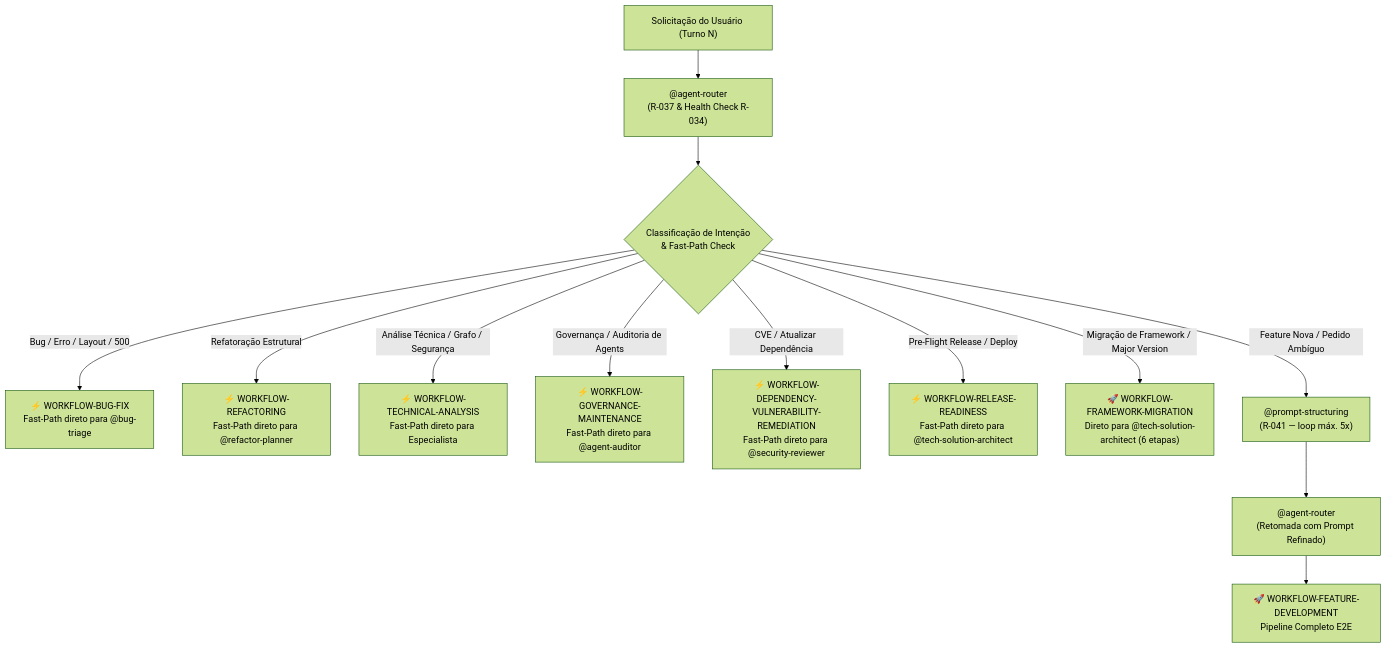
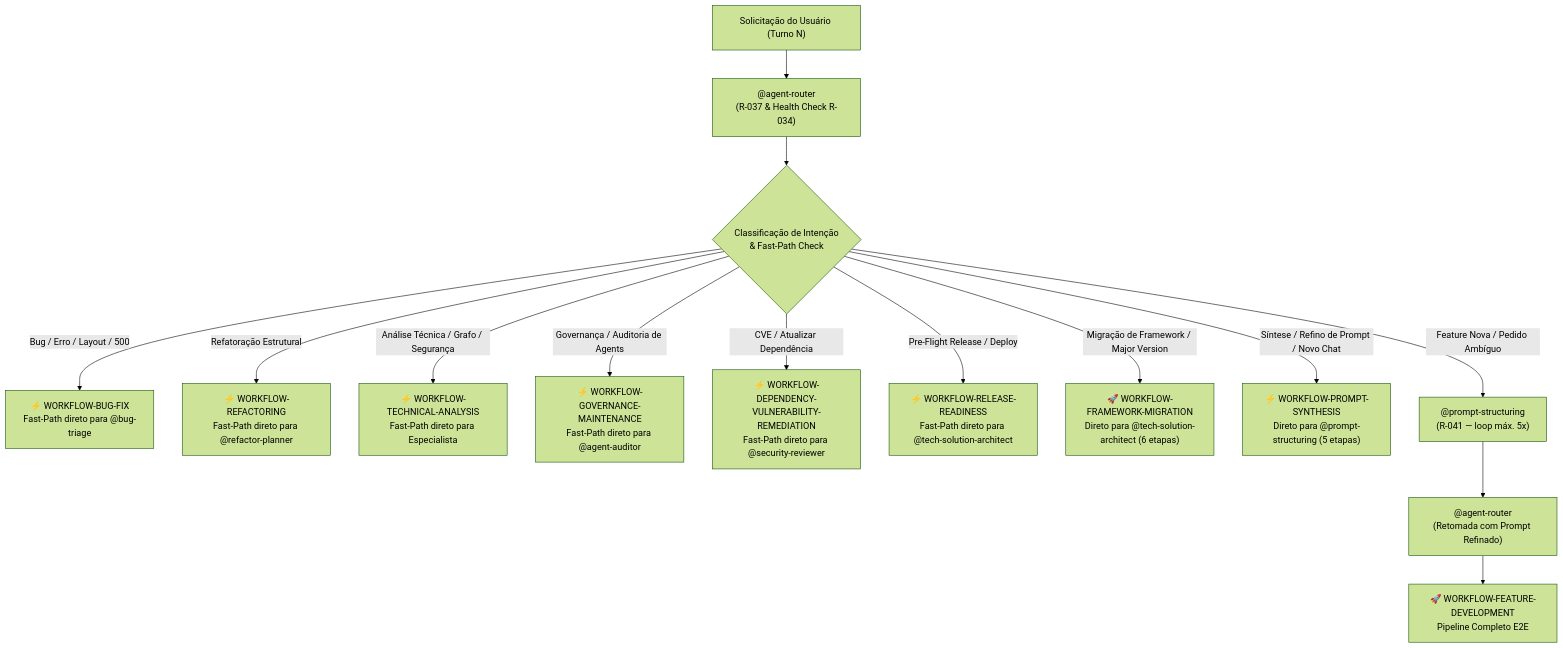
One commit to jezreel8858/deep-agents-copilot changed the first of 11 diagrams in .github/agents/workflows.md. Above: the diagram before and after it, drawn with Mermaid (forest theme). The commit also changed other lines of this file and 10 other files, not shown here.

````diff
--- a/.github/agents/workflows.md
+++ b/.github/agents/workflows.md
@@ -45,17 +45,18 @@
 ```mermaid
 flowchart TD
     UserReq["Solicitação do Usuário (Turno N)"] --> Router["@agent-router\n(R-037 & Health Check R-034)"]
     Router --> IntentEval{"Classificação de Intenção\n& Fast-Path Check"}
 
     IntentEval -- "Bug / Erro / Layout / 500" --> WF1["⚡ WORKFLOW-BUG-FIX\nFast-Path direto para @bug-triage"]
     IntentEval -- "Refatoração Estrutural" --> WF2["⚡ WORKFLOW-REFACTORING\nFast-Path direto para @refactor-planner"]
     IntentEval -- "Análise Técnica / Grafo / Segurança" --> WF3["⚡ WORKFLOW-TECHNICAL-ANALYSIS\nFast-Path direto para Especialista"]
     IntentEval -- "Governança / Auditoria de Agents" --> WF5["⚡ WORKFLOW-GOVERNANCE-MAINTENANCE\nFast-Path direto para @agent-auditor"]
     IntentEval -- "CVE / Atualizar Dependência" --> WF6["⚡ WORKFLOW-DEPENDENCY-VULNERABILITY-REMEDIATION\nFast-Path direto para @security-reviewer"]
     IntentEval -- "Pre-Flight Release / Deploy" --> WF8["⚡ WORKFLOW-RELEASE-READINESS\nFast-Path direto para @tech-solution-architect"]
     IntentEval -- "Migração de Framework / Major Version" --> WF7["🚀 WORKFLOW-FRAMEWORK-MIGRATION\nDireto para @tech-solution-architect (6 etapas)"]
+    IntentEval -- "Síntese / Refino de Prompt / Novo Chat" --> WF9["⚡ WORKFLOW-PROMPT-SYNTHESIS\nDireto para @prompt-structuring (5 etapas)"]
     IntentEval -- "Feature Nova / Pedido Ambíguo" --> Structuring["@prompt-structuring\n(R-041 — loop máx. 5x)"]
 
     Structuring --> RouterRet["@agent-router\n(Retomada com Prompt Refinado)"]
     RouterRet --> WF4["🚀 WORKFLOW-FEATURE-DEVELOPMENT\nPipeline Completo E2E"]
 ```
````
